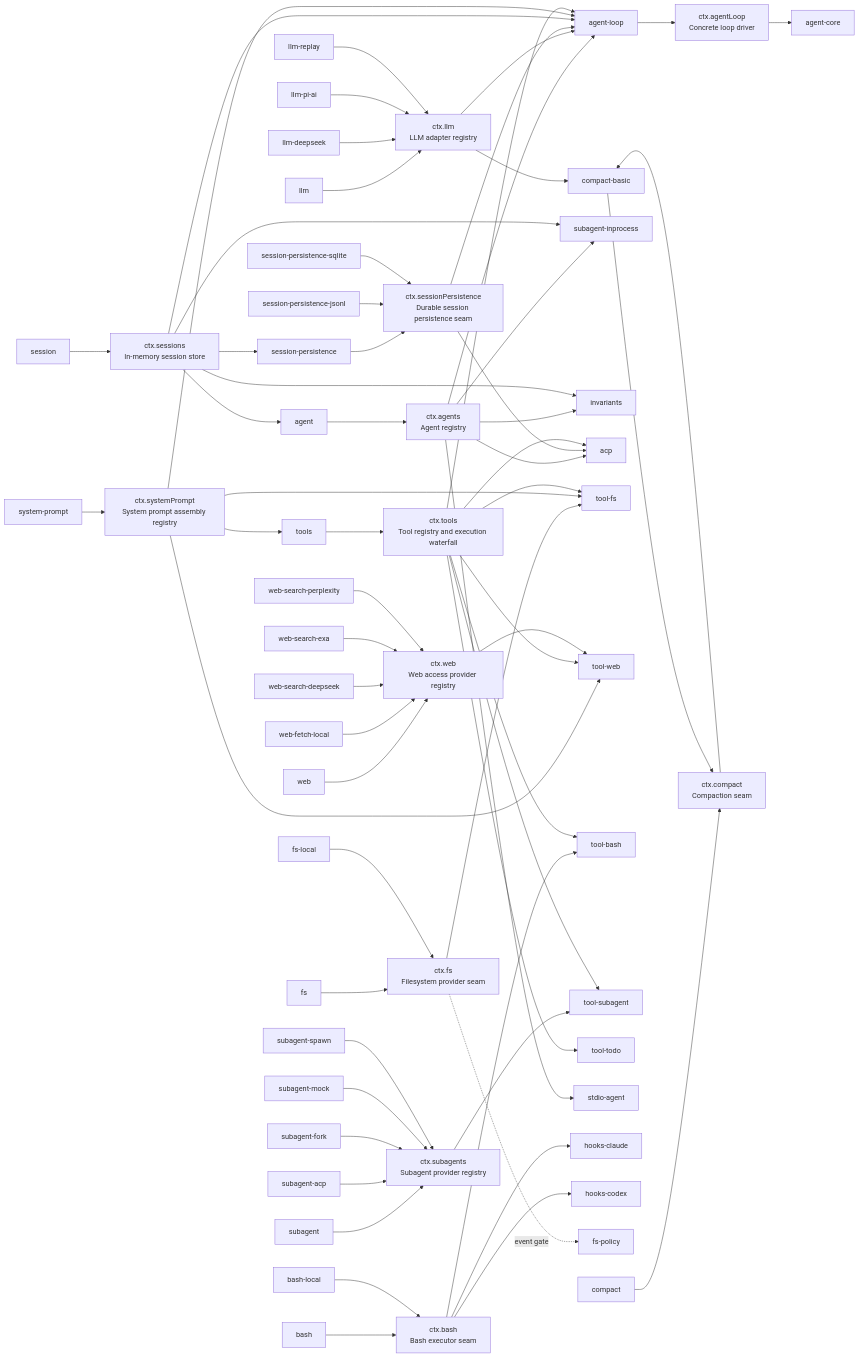
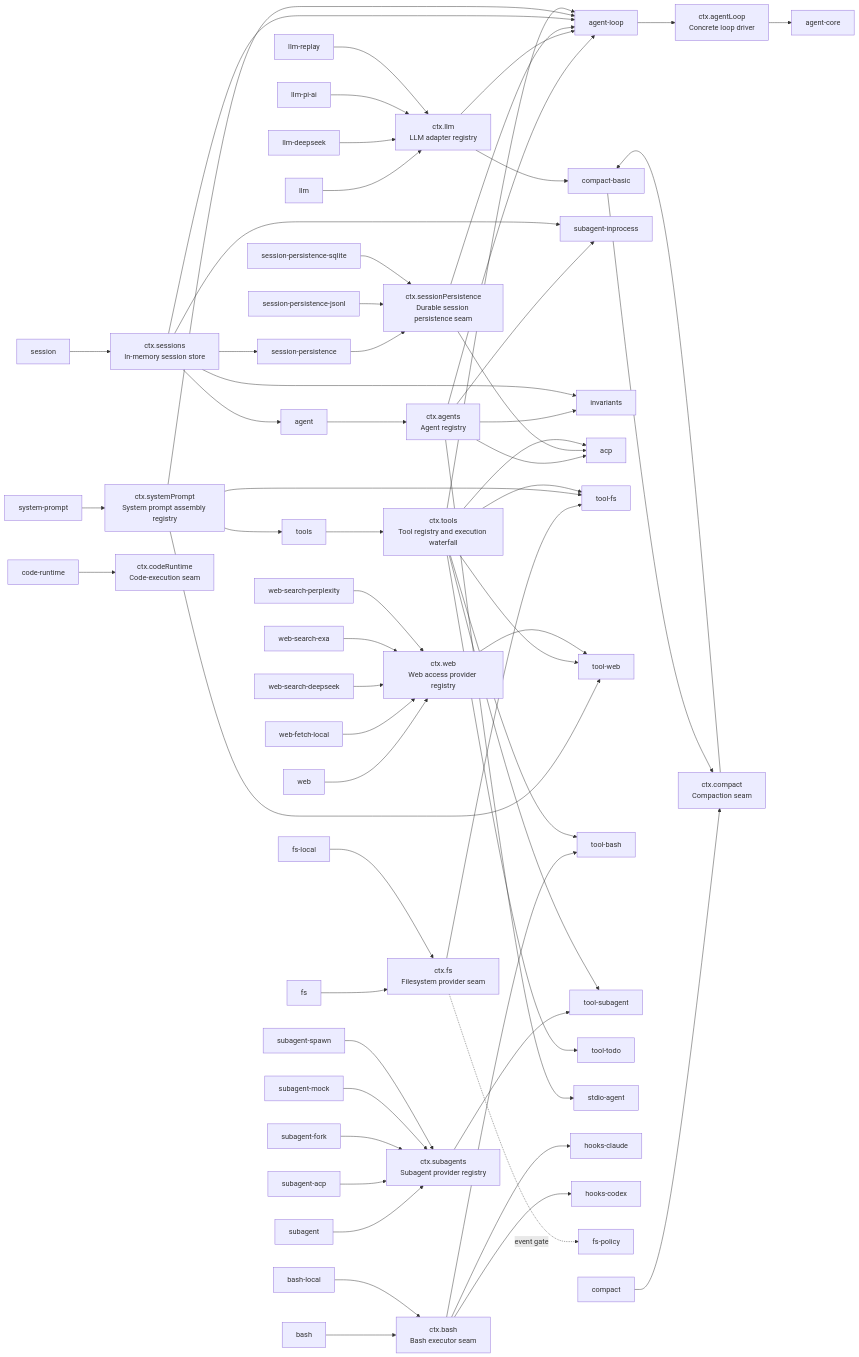
One commit to eru123/coco-harness changed the diagram in docs/capability-seams.md. Above: the diagram before and after it, drawn with Mermaid. The commit also changed other lines of this file and 23 other files, not shown here.

First line of the commit message:
Merge pull request #205 from deepseek-harness/code-runtime-pkg

```diff
--- a/docs/capability-seams.md
+++ b/docs/capability-seams.md
@@ -42,6 +42,8 @@
   pkg_bash_local["bash-local"]
   pkg_hooks_claude["hooks-claude"]
   pkg_hooks_codex["hooks-codex"]
+  pkg_code_runtime["code-runtime"]
+  svc_codeRuntime["ctx.codeRuntime<br/>Code-execution seam"]
   pkg_fs["fs"]
   svc_fs["ctx.fs<br/>Filesystem provider seam"]
   pkg_fs_local["fs-local"]
@@ -64,6 +66,7 @@
   pkg_agent_loop --> svc_agentLoop
   pkg_bash --> svc_bash
   pkg_bash_local --> svc_bash
+  pkg_code_runtime --> svc_codeRuntime
   pkg_compact --> svc_compact
   pkg_compact_basic --> svc_compact
   pkg_fs --> svc_fs
```
